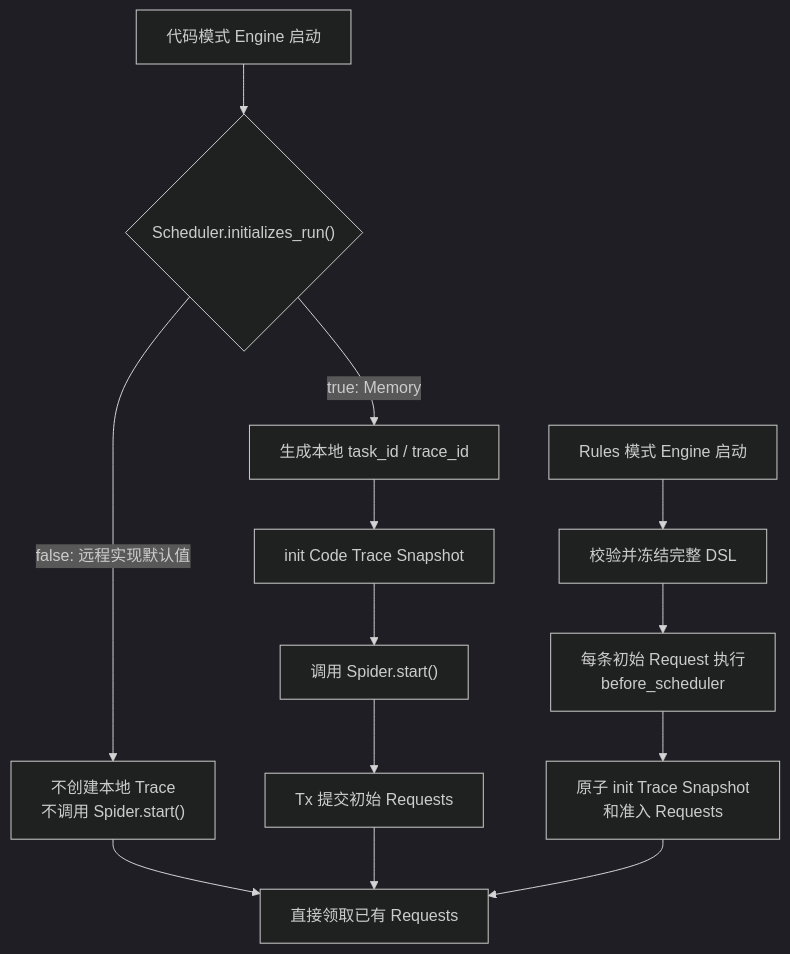
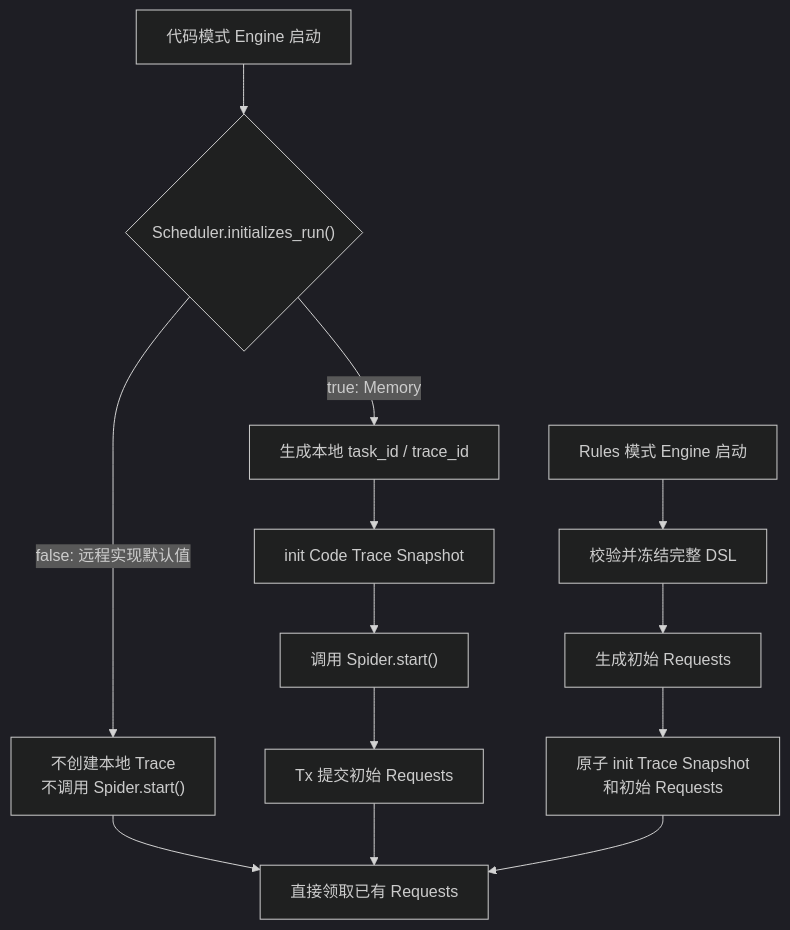
The third of 5 diagrams in docs/architecture.zh-CN.md (halo-space/crawler), drawn with Mermaid (dark theme) before and after one commit. The commit also changed other lines of this file and 30 other files, not shown here.

````diff
--- a/docs/architecture.zh-CN.md
+++ b/docs/architecture.zh-CN.md
@@ -155,16 +155,16 @@
 ```mermaid
 flowchart TB
     A["代码模式 Engine 启动"] --> B{"Scheduler.initializes_run()"}
     B -- "true: Memory" --> C["生成本地 task_id / trace_id"]
     C --> D["init Code Trace Snapshot"]
     D --> E["调用 Spider.start()"]
     E --> F["Tx 提交初始 Requests"]
     B -- "false: 远程实现默认值" --> G["不创建本地 Trace<br/>不调用 Spider.start()"]
     G --> H["直接领取已有 Requests"]
     F --> H
 
     I["Rules 模式 Engine 启动"] --> J["校验并冻结完整 DSL"]
-    J --> L["每条初始 Request 执行<br/>before_scheduler"]
-    L --> K["原子 init Trace Snapshot<br/>和准入 Requests"]
+    J --> L["生成初始 Requests"]
+    L --> K["原子 init Trace Snapshot<br/>和初始 Requests"]
     K --> H
 ```
````
